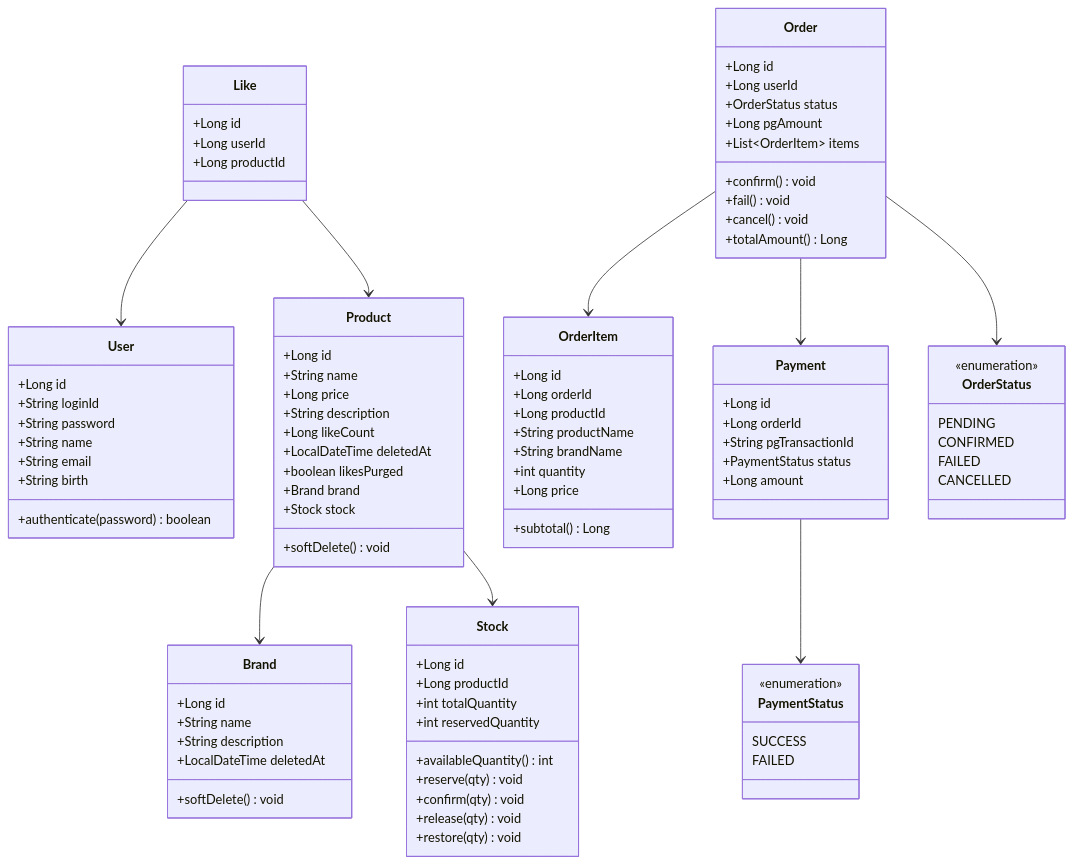
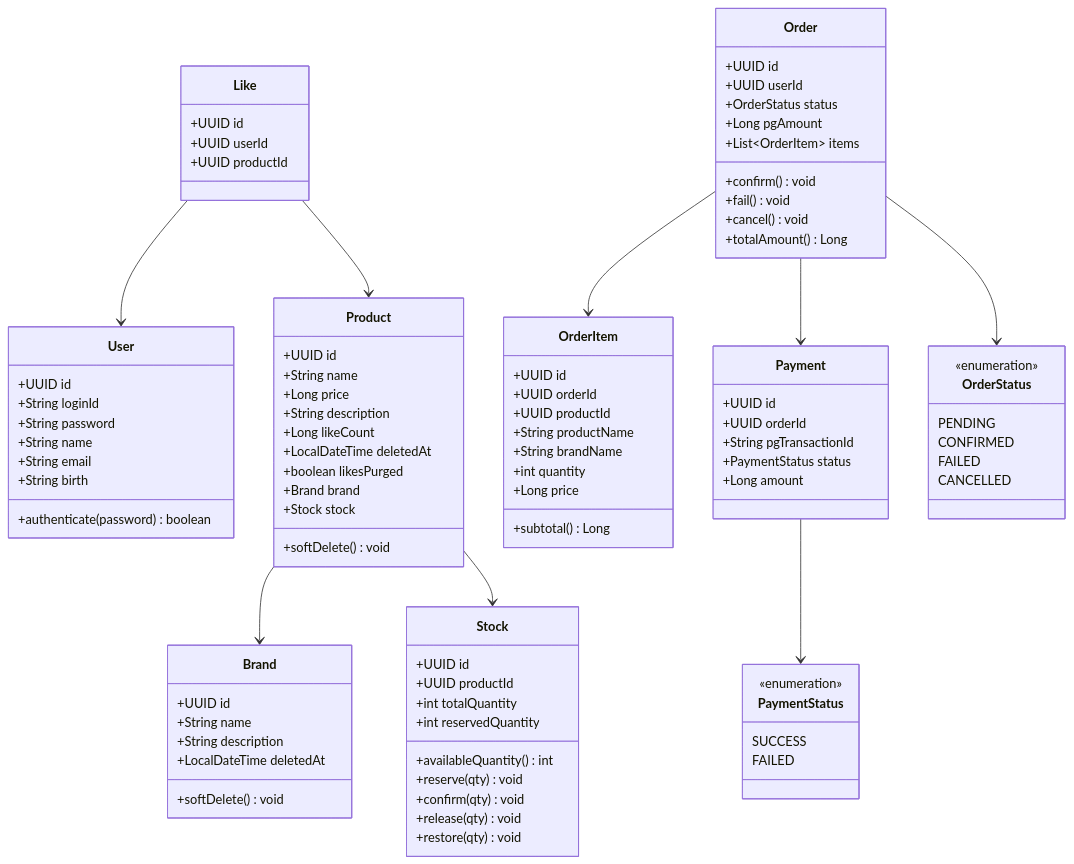
One commit to loopers-labs/loop-pack-be-l2-vol4-java changed the diagram in .docs/design/03-class-diagram.md. Above: the diagram before and after it, drawn with Mermaid. The commit also changed 25 other files, not shown here.

First line of the commit message:
refactor: PK 전략을 Long 자동증가에서 UUID v7으로 전환

````diff
--- a/.docs/design/03-class-diagram.md
+++ b/.docs/design/03-class-diagram.md
@@ -9,7 +9,7 @@
 ```mermaid
 classDiagram
     class User {
-        +Long id
+        +UUID id
         +String loginId
         +String password
         +String name
@@ -19,7 +19,7 @@
     }
 
     class Brand {
-        +Long id
+        +UUID id
         +String name
         +String description
         +LocalDateTime deletedAt
@@ -27,7 +27,7 @@
     }
 
     class Product {
-        +Long id
+        +UUID id
         +String name
         +Long price
         +String description
@@ -40,8 +40,8 @@
     }
 
     class Stock {
-        +Long id
-        +Long productId
+        +UUID id
+        +UUID productId
         +int totalQuantity
         +int reservedQuantity
         +availableQuantity() int
@@ -52,14 +52,14 @@
     }
 
     class Like {
-        +Long id
-        +Long userId
-        +Long productId
+        +UUID id
+        +UUID userId
+        +UUID productId
     }
 
     class Order {
-        +Long id
-        +Long userId
+        +UUID id
+        +UUID userId
         +OrderStatus status
         +Long pgAmount
         +List~OrderItem~ items
@@ -70,9 +70,9 @@
     }
 
     class OrderItem {
-        +Long id
-        +Long orderId
-        +Long productId
+        +UUID id
+        +UUID orderId
+        +UUID productId
         +String productName
         +String brandName
         +int quantity
@@ -81,8 +81,8 @@
     }
 
     class Payment {
-        +Long id
-        +Long orderId
+        +UUID id
+        +UUID orderId
         +String pgTransactionId
         +PaymentStatus status
         +Long amount
````
